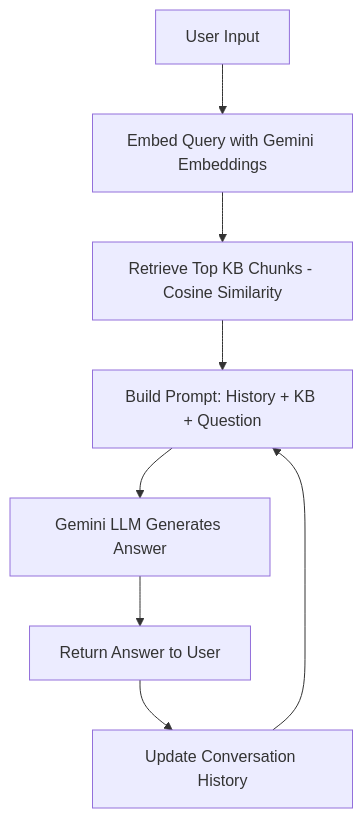
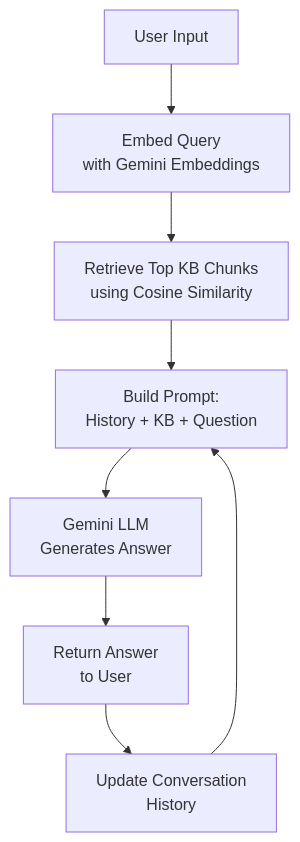
Before and after one commit to smilingprogrammer/glucose-demo: the diagram in README.md, drawn with Mermaid. The commit also changed other lines of this file, not shown here.

Commit message:
Readme commit

````diff
--- a/README.md
+++ b/README.md
@@ -42,10 +42,10 @@
 ```mermaid
 graph TD
-    A[User Input] --> B[Embed Query with Gemini Embeddings]
-    B --> C[Retrieve Top KB Chunks - Cosine Similarity]
-    C --> D[Build Prompt: History + KB + Question]
-    D --> E[Gemini LLM Generates Answer]
-    E --> F[Return Answer to User]
-    F --> G[Update Conversation History]
+    A[User Input] --> B[Embed Query<br>with Gemini Embeddings]
+    B --> C[Retrieve Top KB Chunks<br>using Cosine Similarity]
+    C --> D[Build Prompt:<br>History + KB + Question]
+    D --> E[Gemini LLM<br>Generates Answer]
+    E --> F[Return Answer<br>to User]
+    F --> G[Update Conversation<br>History]
     G --> D
 ```
````
